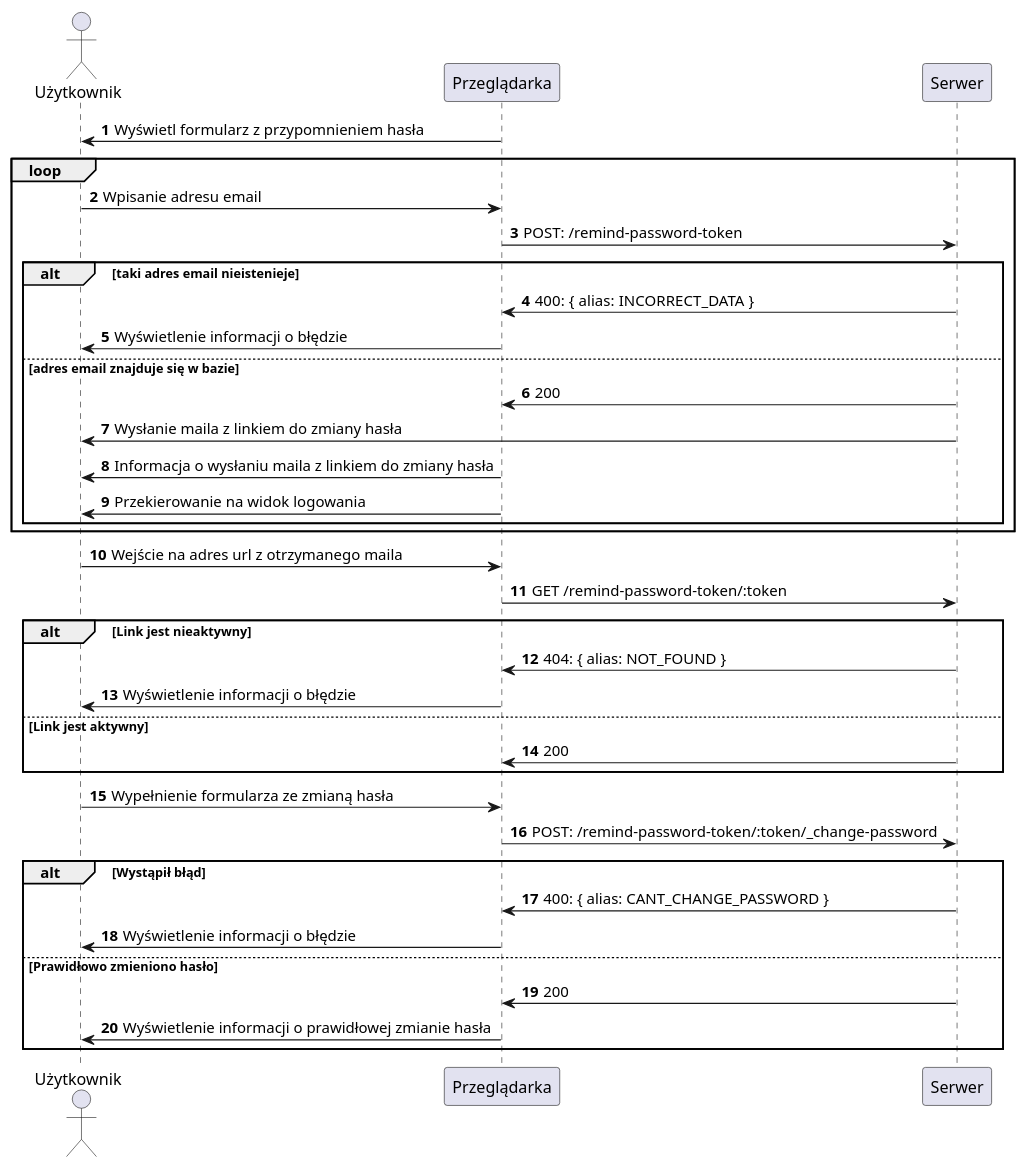
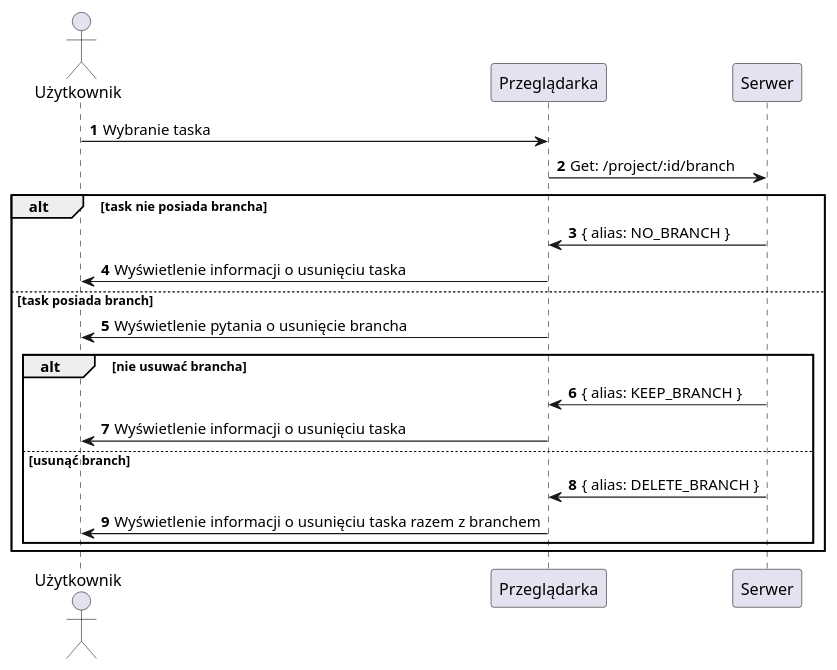
One commit to BurdalskiBartosz/effective-combine changed the fifth of 6 diagrams in docs/funkcjonalnosci/aplikacja/task.md. Above: the diagram before and after it, drawn with PlantUML. The commit also changed other lines of this file and 4 other files, not shown here.

```diff
--- a/docs/funkcjonalnosci/aplikacja/task.md
+++ b/docs/funkcjonalnosci/aplikacja/task.md
@@ -119,39 +111,22 @@
 @startuml
 autonumber
 actor Użytkownik
 participant Przeglądarka
 participant Serwer
 
-Przeglądarka -> Użytkownik: Wyświetl formularz z przypomnieniem hasła
-loop
-Użytkownik -> Przeglądarka : Wpisanie adresu email
-Przeglądarka -> Serwer : POST: /remind-password-token
-alt taki adres email nieistenieje
-    Serwer -> Przeglądarka : 400: { alias: INCORRECT_DATA }
-    Przeglądarka -> Użytkownik : Wyświetlenie informacji o błędzie
-else adres email znajduje się w bazie
-    Serwer -> Przeglądarka : 200
-    Serwer -> Użytkownik : Wysłanie maila z linkiem do zmiany hasła
-    Przeglądarka -> Użytkownik : Informacja o wysłaniu maila z linkiem do zmiany hasła
-    Przeglądarka -> Użytkownik : Przekierowanie na widok logowania
-
-end
-end loop
-    Użytkownik -> Przeglądarka : Wejście na adres url z otrzymanego maila
-    Przeglądarka -> Serwer : GET /remind-password-token/:token
-alt Link jest nieaktywny
-    Serwer -> Przeglądarka : 404: { alias: NOT_FOUND }
-    Przeglądarka -> Użytkownik : Wyświetlenie informacji o błędzie
-else Link jest aktywny
-    Serwer -> Przeglądarka : 200
-end
-  Użytkownik -> Przeglądarka : Wypełnienie formularza ze zmianą hasła
-  Przeglądarka -> Serwer : POST: /remind-password-token/:token/_change-password
-alt Wystąpił błąd
-    Serwer -> Przeglądarka : 400: { alias: CANT_CHANGE_PASSWORD }
-    Przeglądarka -> Użytkownik : Wyświetlenie informacji o błędzie
-else Prawidłowo zmieniono hasło
-    Serwer -> Przeglądarka : 200
-    Przeglądarka -> Użytkownik : Wyświetlenie informacji o prawidłowej zmianie hasła
-end
+Użytkownik -> Przeglądarka : Wybranie taska
+Przeglądarka -> Serwer : Get: /project/:id/branch
+  alt task nie posiada brancha
+    Serwer -> Przeglądarka : { alias: NO_BRANCH }
+    Przeglądarka -> Użytkownik : Wyświetlenie informacji o usunięciu taska
+  else task posiada branch
+    Przeglądarka -> Użytkownik : Wyświetlenie pytania o usunięcie brancha
+    alt nie usuwać brancha
+      Serwer -> Przeglądarka : { alias: KEEP_BRANCH }
+      Przeglądarka -> Użytkownik : Wyświetlenie informacji o usunięciu taska
+    else usunąć branch
+      Serwer -> Przeglądarka : { alias: DELETE_BRANCH }
+      Przeglądarka -> Użytkownik : Wyświetlenie informacji o usunięciu taska razem z branchem
+    end
+  end
 @enduml
```
